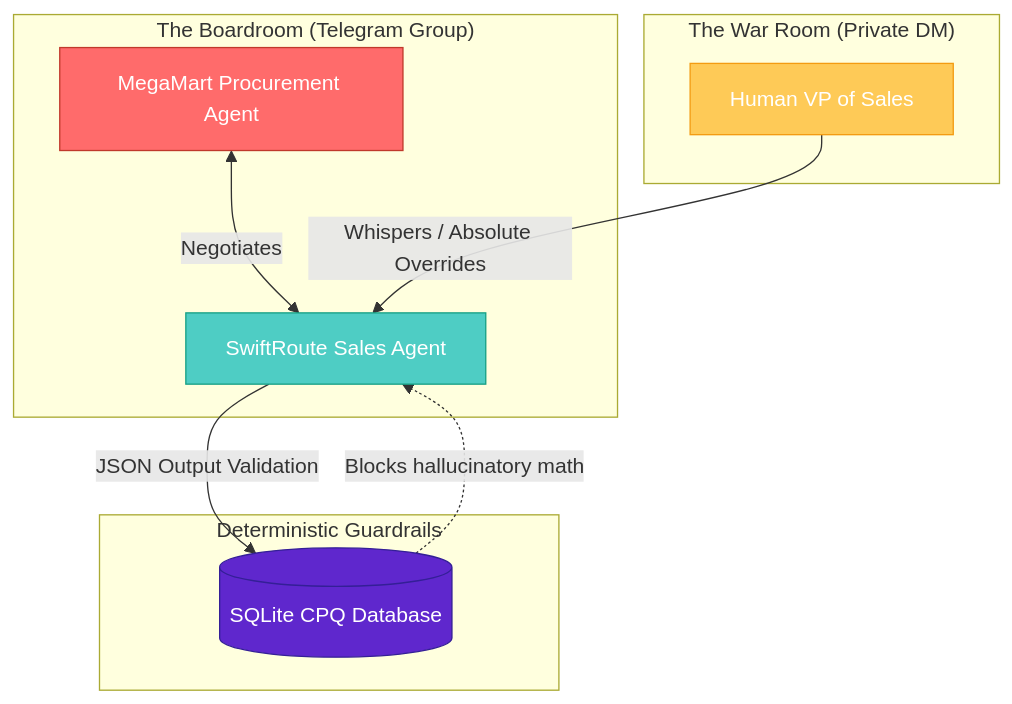
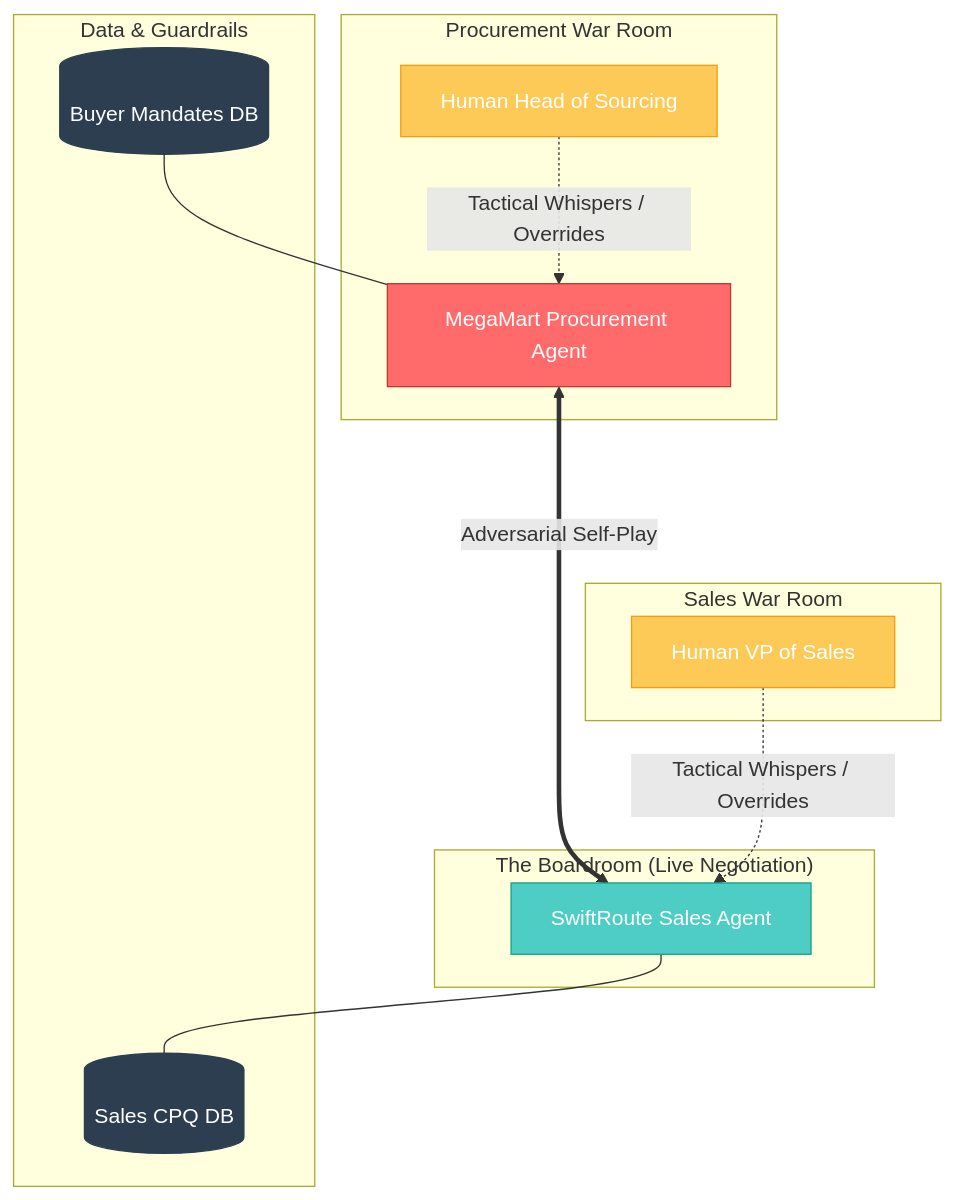
Before and after one commit to Sarath-peddireddy/Zero__Leak__OS: the first of 2 diagrams in README.md, drawn with Mermaid. The commit also changed other lines of this file, not shown here.

Commit message:
docs: update README to reflect symmetrical adversarial self-play vision and reporting

````diff
--- a/README.md
+++ b/README.md
@@ -23,20 +21,27 @@
 ```mermaid
 graph TD
-    subgraph Boardroom ["The Boardroom (Telegram Group)"]
-        Procurement[MegaMart Procurement Agent] <-->|Negotiates| Sales[SwiftRoute Sales Agent]
+    subgraph ProcWarRoom ["Procurement War Room"]
+        HeadSourcing[Human Head of Sourcing] -.->|Tactical Whispers / Overrides| ProcAgent
+    end
+
+    subgraph Boardroom ["The Boardroom (Live Negotiation)"]
+        ProcAgent[MegaMart Procurement Agent] <====>|Adversarial Self-Play| SalesAgent[SwiftRoute Sales Agent]
     end
     
-    subgraph WarRoom ["The War Room (Private DM)"]
-        Manager[Human VP of Sales] -->|Whispers / Absolute Overrides| Sales
+    subgraph SalesWarRoom ["Sales War Room"]
+        VPSales[Human VP of Sales] -.->|Tactical Whispers / Overrides| SalesAgent
+    end
+
+    subgraph DataGuardrails ["Data & Guardrails"]
+        ProcDB[(Buyer Mandates DB)] --- ProcAgent
+        SalesAgent --- SalesDB[(Sales CPQ DB)]
     end
     
-    subgraph Guardrails ["Deterministic Guardrails"]
-        Sales -->|JSON Output Validation| CPQ[(SQLite CPQ Database)]
-        CPQ -.->|Blocks hallucinatory math| Sales
-    end
-    
-    style Procurement fill:#ff6b6b,stroke:#c0392b,color:#fff
-    style Sales fill:#4ecdc4,stroke:#16a085,color:#fff
-    style Manager fill:#feca57,stroke:#f39c12,color:#fff
-    style CPQ fill:#5f27cd,stroke:#341f97,color:#fff
+    style ProcAgent fill:#ff6b6b,stroke:#c0392b,color:#fff
+    style SalesAgent fill:#4ecdc4,stroke:#16a085,color:#fff
+    style VPSales fill:#feca57,stroke:#f39c12,color:#fff
+    style HeadSourcing fill:#feca57,stroke:#f39c12,color:#fff
+    style ProcDB fill:#2c3e50,stroke:#2c3e50,color:#fff
+    style SalesDB fill:#2c3e50,stroke:#2c3e50,color:#fff
+
 ```
````
